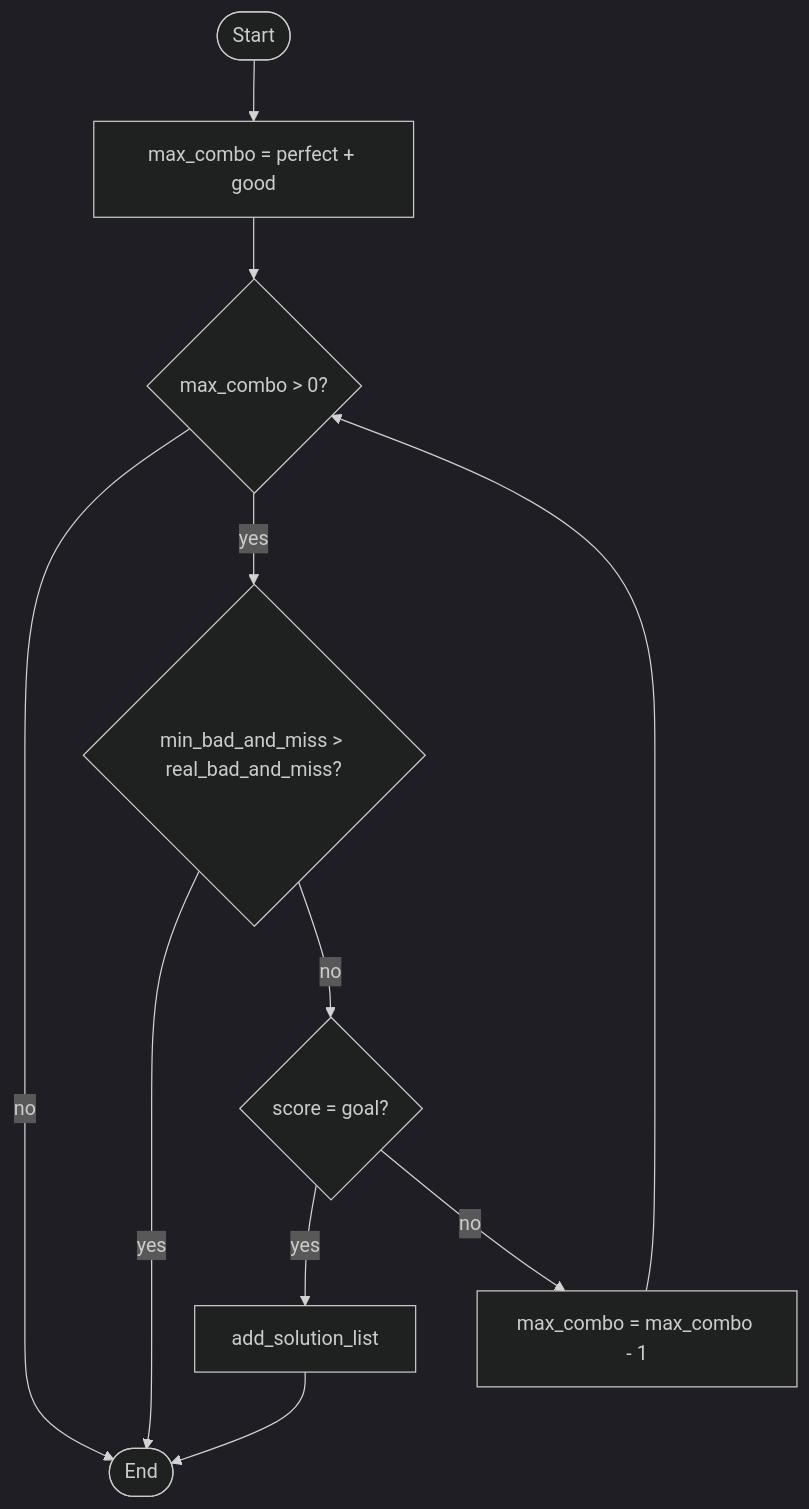
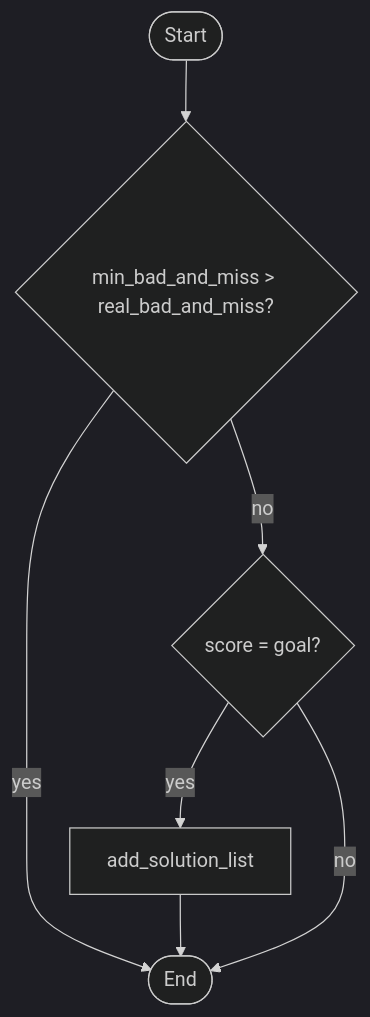
One commit to Destruction321/PhigrosScoreCalculator changed the third of 4 diagrams in README.md. Above: the diagram before and after it, drawn with Mermaid (dark theme). The commit also changed other lines of this file and 1 other file, not shown here.

````diff
--- a/README.md
+++ b/README.md
@@ -310,20 +300,14 @@
             ```mermaid
             graph TD
                 Start([Start])
-                init_max_combo[max_combo = perfect + good]
-                check_max_combo{max_combo > 0?}
                 check_bad_and_miss{min_bad_and_miss > real_bad_and_miss?}
                 check_score{score = goal?}
                 add_solution_list[add_solution_list]
-                set_max_combo[max_combo = max_combo - 1]
                 End([End])
 
-                Start --> init_max_combo
-                init_max_combo --> check_max_combo
-                check_max_combo -- no --> End
-                check_max_combo -- yes --> check_bad_and_miss
+                Start --> check_bad_and_miss
                 check_bad_and_miss -- yes --> End
                 check_bad_and_miss -- no --> check_score
                 check_score -- yes --> add_solution_list --> End
-                check_score -- no --> set_max_combo --> check_max_combo
+                check_score -- no --> End
             ```
````
